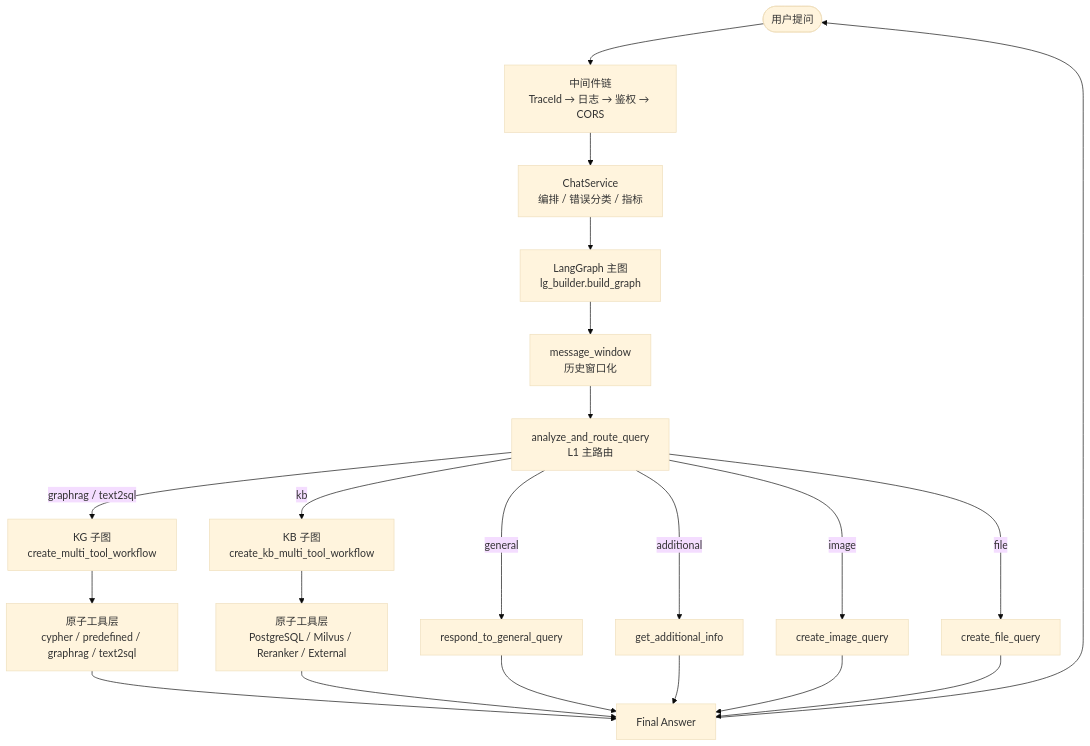
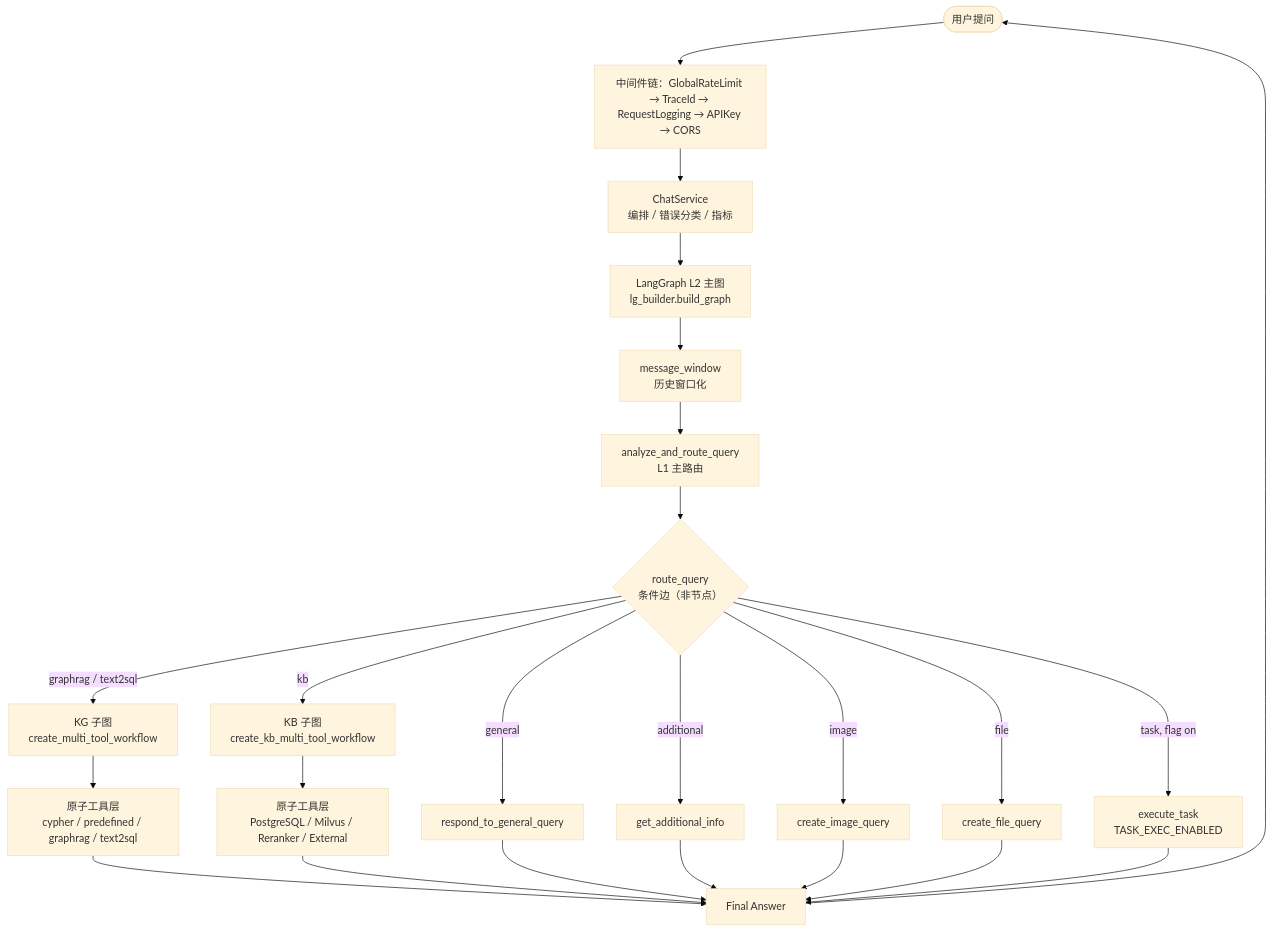
One commit to Jia-Yihao/My-Agentix changed the diagram in docs/architecture/README.md. Above: the diagram before and after it, drawn with Mermaid (base theme). The commit also changed other lines of this file and 197 other files, not shown here.

````diff
--- a/docs/architecture/README.md
+++ b/docs/architecture/README.md
@@ -47,27 +48,30 @@
 ```mermaid
 graph TD
-    U([用户提问]) --> MW[中间件链<br/>TraceId → 日志 → 鉴权 → CORS]
+    U([用户提问]) --> MW[中间件链：GlobalRateLimit → TraceId → RequestLogging → APIKey → CORS]
     MW --> CS[ChatService<br/>编排 / 错误分类 / 指标]
-    CS --> G[LangGraph 主图<br/>lg_builder.build_graph]
+    CS --> G[LangGraph L2 主图<br/>lg_builder.build_graph]
 
     G --> W[message_window<br/>历史窗口化]
     W --> R[analyze_and_route_query<br/>L1 主路由]
+    R --> RQ{route_query<br/>条件边（非节点）}
 
-    R -->|general| GEN[respond_to_general_query]
-    R -->|additional| ADD[get_additional_info]
-    R -->|graphrag / text2sql| KGS[KG 子图<br/>create_multi_tool_workflow]
-    R -->|kb| KBS[KB 子图<br/>create_kb_multi_tool_workflow]
-    R -->|image| IMG[create_image_query]
-    R -->|file| FILE[create_file_query]
+    RQ -->|general| GEN[respond_to_general_query]
+    RQ -->|additional| ADD[get_additional_info]
+    RQ -->|graphrag / text2sql| KGS[KG 子图<br/>create_multi_tool_workflow]
+    RQ -->|kb| KBS[KB 子图<br/>create_kb_multi_tool_workflow]
+    RQ -->|image| IMG[create_image_query]
+    RQ -->|file| FILE[create_file_query]
+    RQ -->|task, flag on| TASK[execute_task<br/>TASK_EXEC_ENABLED]
 
     KGS --> KGT[原子工具层<br/>cypher / predefined / graphrag / text2sql]
     KBS --> KBT[原子工具层<br/>PostgreSQL / Milvus / Reranker / External]
 
     KGT --> OUT[Final Answer]
     KBT --> OUT
     GEN --> OUT
     ADD --> OUT
     IMG --> OUT
     FILE --> OUT
+    TASK --> OUT
     OUT --> U
 ```
````
